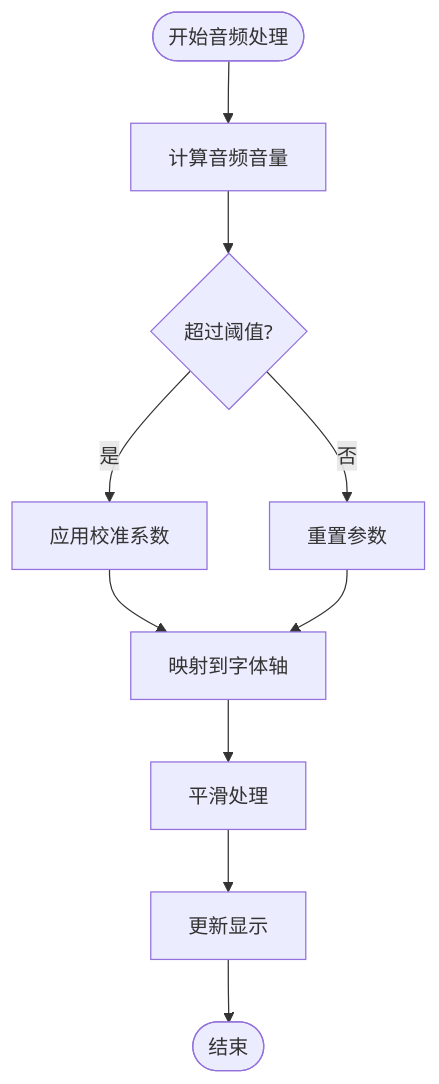
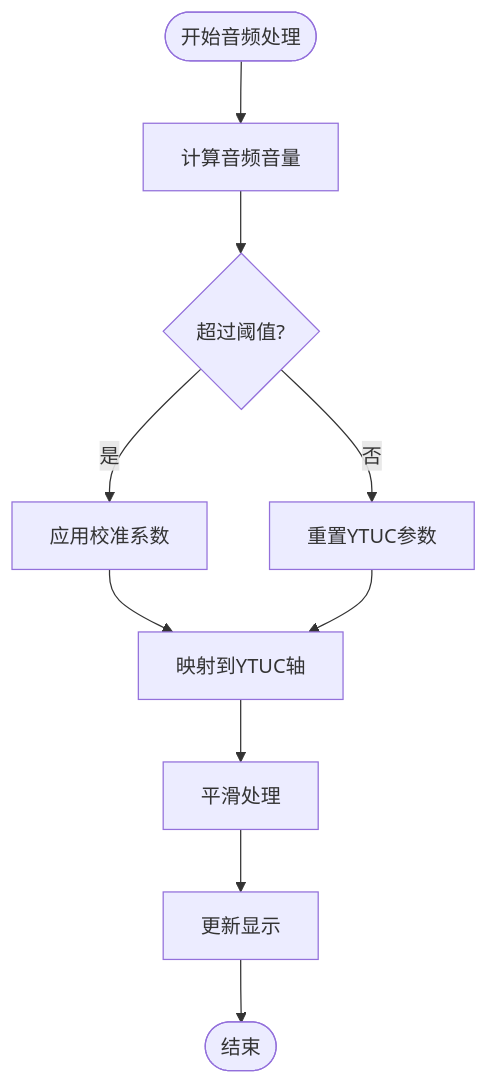
One commit to db300/MySymphosizer changed the fourth of 9 diagrams in .qoder/repowiki/zh/content/核心架构设计/字体渲染引擎/字体轴参数控制.md. Above: the diagram before and after it, drawn with Mermaid. The commit also changed other lines of this file and 5 other files, not shown here.

````diff
--- a/.qoder/repowiki/zh/content/核心架构设计/字体渲染引擎/字体轴参数控制.md
+++ b/.qoder/repowiki/zh/content/核心架构设计/字体渲染引擎/字体轴参数控制.md
@@ -162,12 +163,12 @@
 ```mermaid
 flowchart TD
 Start([开始音频处理]) --> VolumeCalc[计算音频音量]
 VolumeCalc --> ThresholdCheck{超过阈值?}
 ThresholdCheck --> |是| ApplyCalibration[应用校准系数]
-ThresholdCheck --> |否| ResetParameters[重置参数]
-ApplyCalibration --> MapToAxes[映射到字体轴]
-ResetParameters --> MapToAxes
-MapToAxes --> SmoothProcessing[平滑处理]
+ThresholdCheck --> |否| ResetParameters[重置YTUC参数]
+ApplyCalibration --> MapToYTUC[映射到YTUC轴]
+ResetParameters --> MapToYTUC
+MapToYTUC --> SmoothProcessing[平滑处理]
 SmoothProcessing --> UpdateDisplay[更新显示]
 UpdateDisplay --> End([结束])
 ```
````
